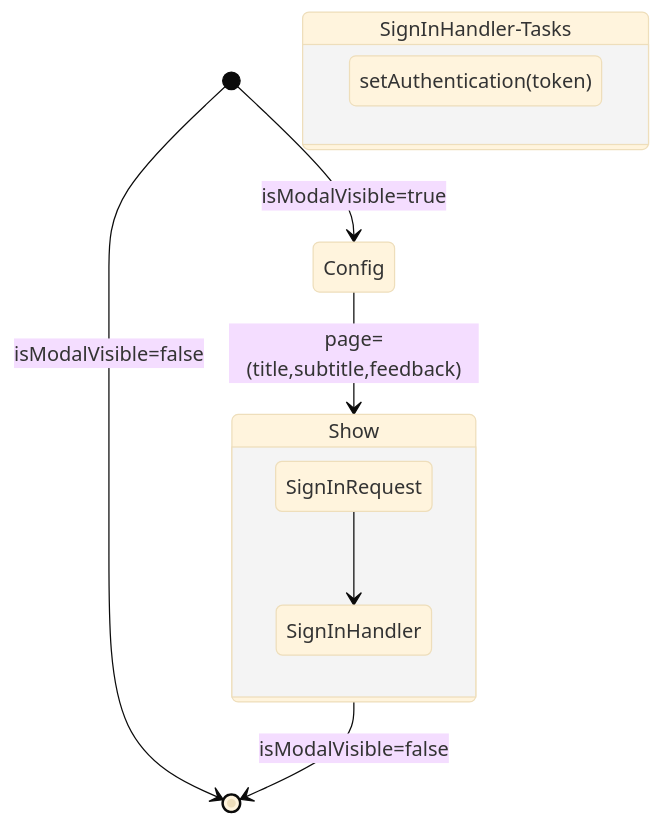
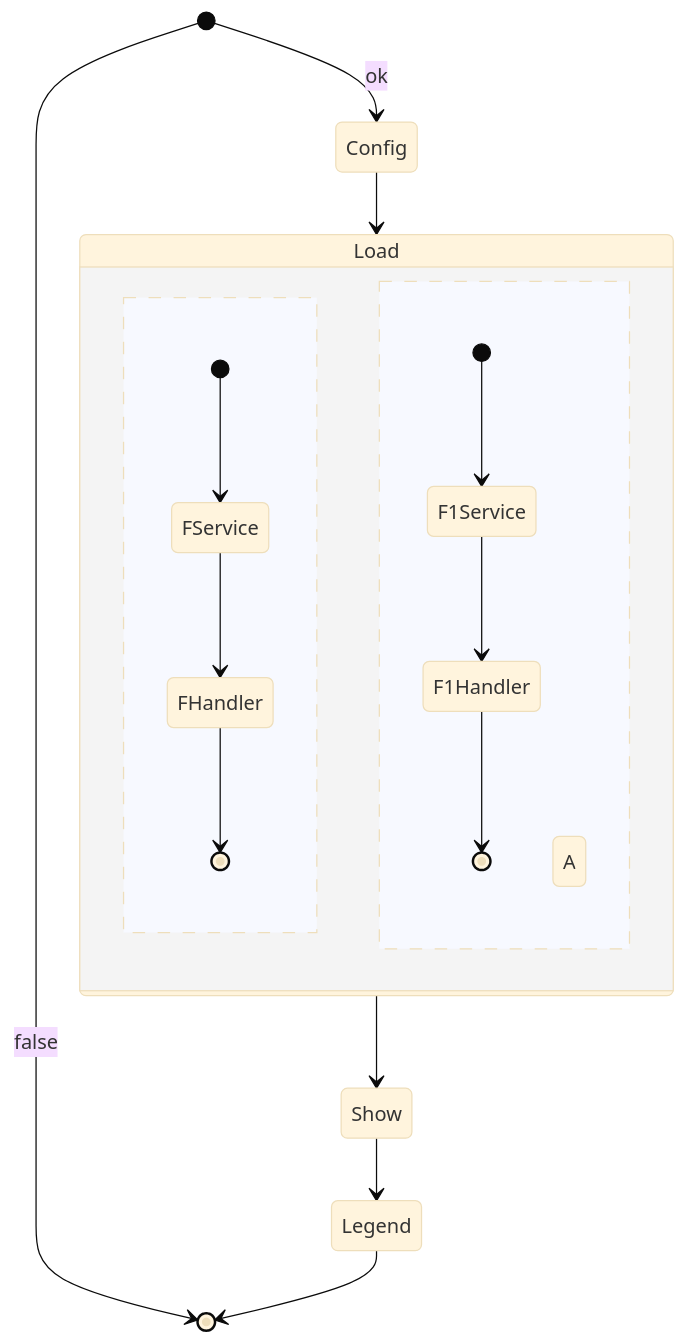
Before and after one commit to Wilfongjt/lb-A: the first of 9 diagrams in README.md, drawn with Mermaid.

````diff
--- a/README.md
+++ b/README.md
@@ -3,17 +3,20 @@
 ```mermaid
 %%{init: {'securityLevel': 'loose', 'theme':'base'}}%%
 stateDiagram
-
-    state Show  {
-        SignInRequest --> SignInHandler
-    }
-    
-    [*] --> [*] : isModalVisible=false
-    [*] --> Config : isModalVisible=true
-    Config --> Show : page=(title,subtitle,feedback)
-    Show --> [*] : isModalVisible=false
-    state SignInHandler-Tasks {
-      direction LR
-      setAuthentication(token)
-    }
+              state Load {
+                [*] --> FService
+FService --> FHandler
+FHandler --> [*]
+--
+[*] --> F1Service
+F1Service --> F1Handler
+F1Handler --> [*]
+                A
+            }       
+    [*] --> [*] : false
+    [*] --> Config : ok
+    Config --> Load
+    Load --> Show
+    Show --> Legend
+    Legend --> [*]
 ```
````
